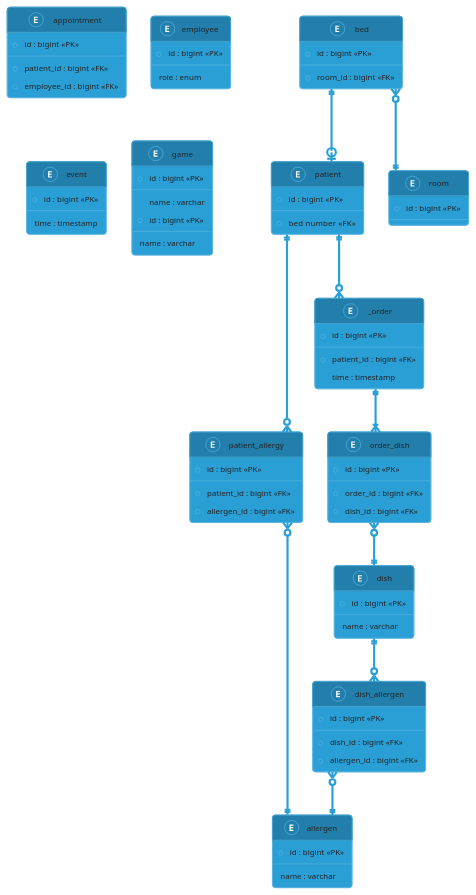
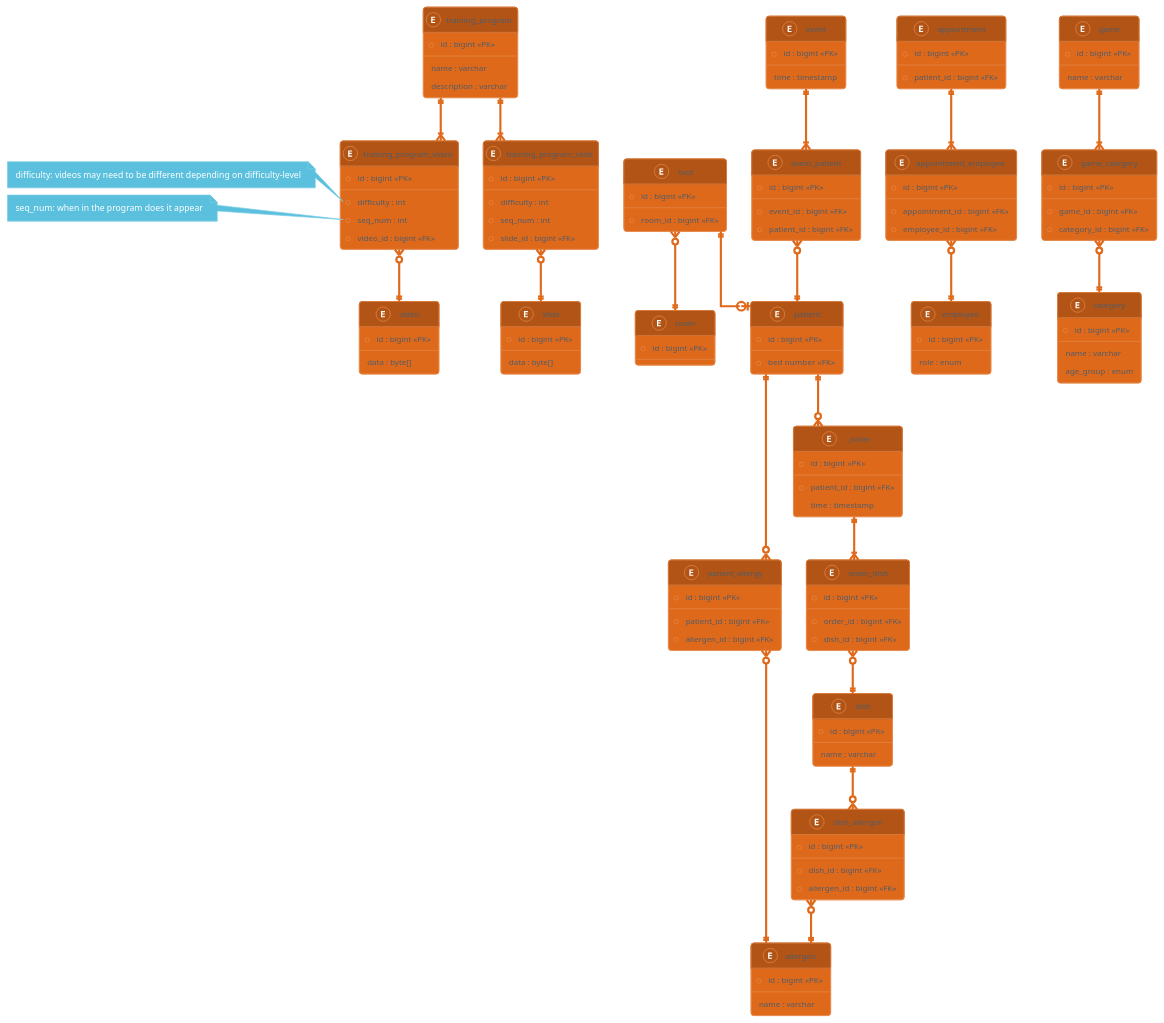
One commit to Oskar123456/SYSDAT-F25-TEAM-G changed the diagram in puml/EER.puml. Above: the diagram before and after it, drawn with PlantUML. The commit also changed 3 other files, not shown here.

Commit message:
update UML

```diff
--- a/puml/EER.puml
+++ b/puml/EER.puml
@@ -15,116 +15,194 @@
 @startuml
-!theme cyborg
+!theme superhero
 skinparam linetype ortho
 
 entity patient {
     * id : bigint <<PK>>
     --
     * bed number  <<FK>>
 }
 
 entity patient_allergy {
     * id : bigint <<PK>>
     --
     * patient_id : bigint <<FK>>
     * allergen_id : bigint <<FK>>
 }
 
 entity appointment {
     * id : bigint <<PK>>
     --
     * patient_id : bigint <<FK>>
+}
+
+entity appointment_employee {
+    * id : bigint <<PK>>
+    --
+    * appointment_id : bigint <<FK>>
     * employee_id : bigint <<FK>>
 }
 
 entity room {
     * id : bigint <<PK>>
     --
 }
 entity bed {
     * id : bigint <<PK>>
     --
     * room_id : bigint <<FK>>
 }
 entity employee {
     * id : bigint <<PK>>
     --
     role : enum
 }
 
 entity event {
     * id : bigint <<PK>>
     --
     time : timestamp
 }
 
 entity game {
     * id : bigint <<PK>>
     --
     name : varchar
 }
 
 entity _order {
     * id : bigint <<PK>>
     --
     * patient_id : bigint <<FK>>
     time : timestamp
 }
 
 entity order_dish {
     * id : bigint <<PK>>
     --
     * order_id : bigint <<FK>>
     * dish_id : bigint <<FK>>
 }
 
 entity dish {
     * id : bigint <<PK>>
     --
     name : varchar
 }
 
 entity dish_allergen {
     * id : bigint <<PK>>
     --
     * dish_id : bigint <<FK>>
     * allergen_id : bigint <<FK>>
 }
 
 entity allergen {
     * id : bigint <<PK>>
     --
     name : varchar
 }
 
-entity game {
+entity game_category {
+    * id : bigint <<PK>>
+    --
+    * game_id : bigint <<FK>>
+    * category_id : bigint <<FK>>
+}
+
+entity category {
     * id : bigint <<PK>>
     --
     name : varchar
+    age_group : enum
+}
+
+entity event_patient {
+    * id : bigint <<PK>>
+    --
+    * event_id : bigint <<FK>>
+    * patient_id : bigint <<FK>>
+}
+
+entity training_program {
+    * id : bigint <<PK>>
+    --
+    name : varchar
+    description : varchar
+}
+
+entity training_program_slide {
+    * id : bigint <<PK>>
+    --
+    * difficulty : int
+    * seq_num : int
+    * slide_id : bigint <<FK>>
+}
+
+entity training_program_video {
+    * id : bigint <<PK>>
+    --
+    * difficulty : int
+    * seq_num : int
+    * video_id : bigint <<FK>>
+}
+
+entity slide {
+    * id : bigint <<PK>>
+    --
+    data : byte[]
+}
+
+entity video {
+    * id : bigint <<PK>>
+    --
+    data : byte[]
 }
 
 /' 
 
     RELATIONS
     
 '/
 
 patient ||--o{ _order
 patient ||--o{ patient_allergy
 patient_allergy }o--|| allergen
 
 _order ||--|{ order_dish
 order_dish }o--|| dish
 
 dish ||--o{ dish_allergen
 dish_allergen }o--|| allergen
 
+appointment ||--|{ appointment_employee
+appointment_employee }o--|| employee
+
+game ||--|{ game_category
+game_category }o--|| category
+
+event ||--|{ event_patient
+event_patient }o--|| patient
+
 bed }o--|| room
 bed ||--o| patient
+
+training_program ||--|{ training_program_video
+training_program_video }o--|| video
+training_program ||--|{ training_program_slide
+training_program_slide }o--|| slide
 
 /' 
 
     NOTES 
     
 '/
 
+note left of training_program_video::difficulty
+    difficulty: videos may need to be different depending on difficulty-level
+end note
+
+note left of training_program_video::seq_num
+    seq_num: when in the program does it appear
+end note
+
 @enduml
```
